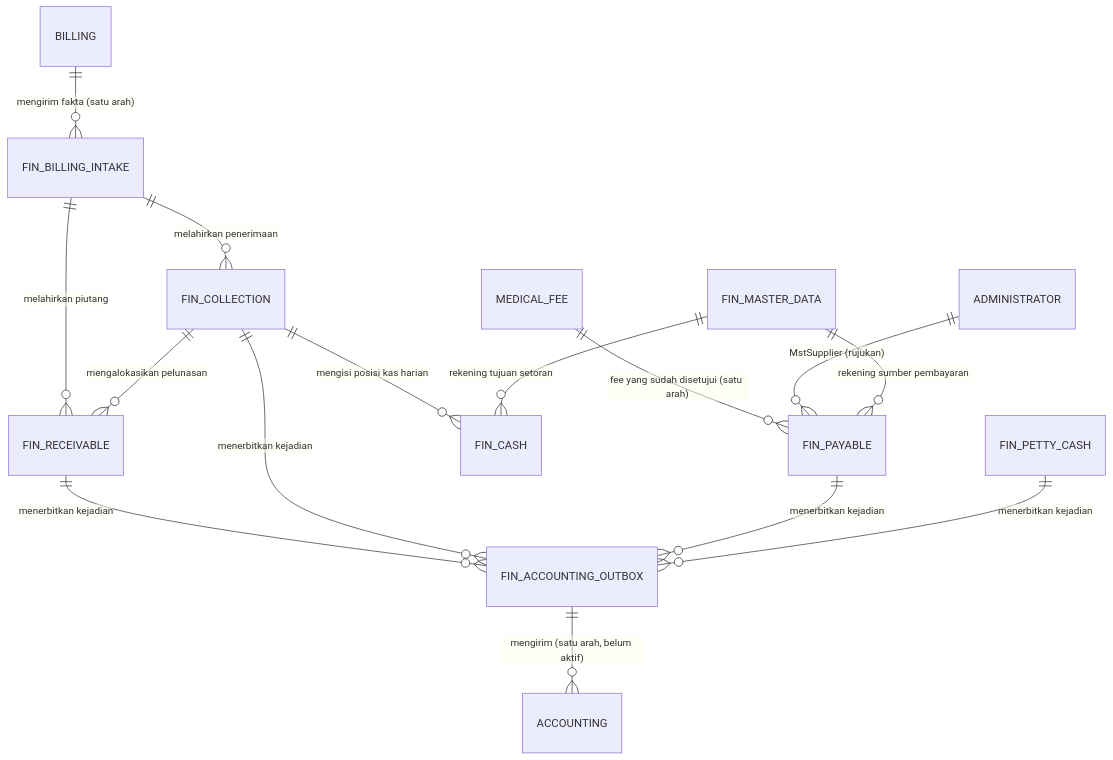
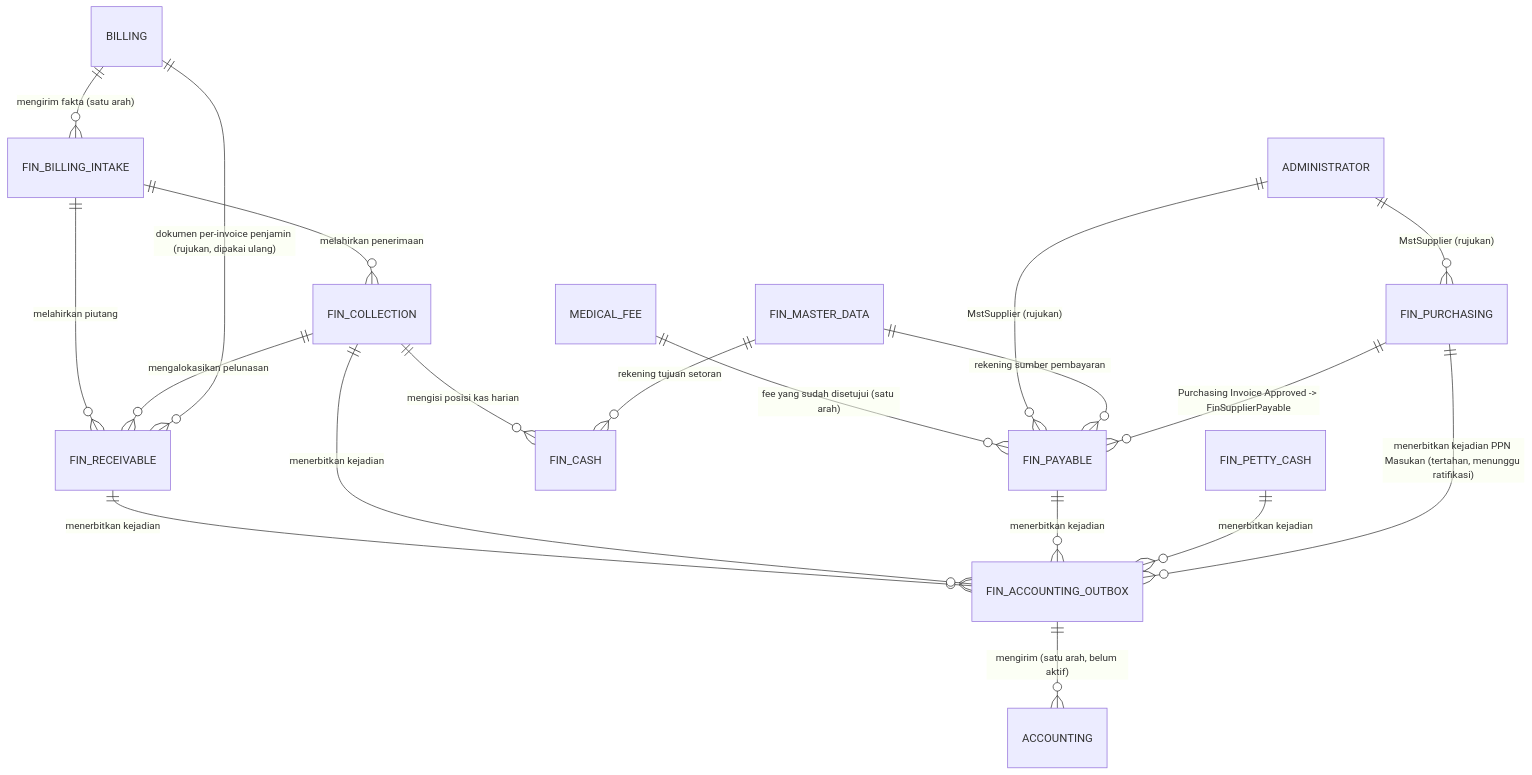
One commit to DevBenari/NewQuilvianSystemBackend changed the diagram in docs/module-blueprints/finance-management/erd/00-context-erd.md. Above: the diagram before and after it, drawn with Mermaid. The commit also changed other lines of this file and 83 other files, not shown here.

First line of the commit message:
feat: Add Tukar Faktur (BE-FIN-033) and Purchasing Invoice (BE-FIN-034) functionality

````diff
--- a/docs/module-blueprints/finance-management/erd/00-context-erd.md
+++ b/docs/module-blueprints/finance-management/erd/00-context-erd.md
@@ -14,17 +14,21 @@
 ```mermaid
 erDiagram
     BILLING ||--o{ FIN_BILLING_INTAKE : "mengirim fakta (satu arah)"
     MEDICAL_FEE ||--o{ FIN_PAYABLE : "fee yang sudah disetujui (satu arah)"
     ADMINISTRATOR ||--o{ FIN_PAYABLE : "MstSupplier (rujukan)"
+    ADMINISTRATOR ||--o{ FIN_PURCHASING : "MstSupplier (rujukan)"
     FIN_BILLING_INTAKE ||--o{ FIN_RECEIVABLE : "melahirkan piutang"
     FIN_BILLING_INTAKE ||--o{ FIN_COLLECTION : "melahirkan penerimaan"
     FIN_COLLECTION ||--o{ FIN_RECEIVABLE : "mengalokasikan pelunasan"
     FIN_COLLECTION ||--o{ FIN_CASH : "mengisi posisi kas harian"
     FIN_MASTER_DATA ||--o{ FIN_CASH : "rekening tujuan setoran"
     FIN_MASTER_DATA ||--o{ FIN_PAYABLE : "rekening sumber pembayaran"
+    FIN_PURCHASING ||--o{ FIN_PAYABLE : "Purchasing Invoice Approved -> FinSupplierPayable"
+    BILLING ||--o{ FIN_RECEIVABLE : "dokumen per-invoice penjamin (rujukan, dipakai ulang)"
     FIN_RECEIVABLE ||--o{ FIN_ACCOUNTING_OUTBOX : "menerbitkan kejadian"
     FIN_COLLECTION ||--o{ FIN_ACCOUNTING_OUTBOX : "menerbitkan kejadian"
     FIN_PAYABLE ||--o{ FIN_ACCOUNTING_OUTBOX : "menerbitkan kejadian"
     FIN_PETTY_CASH ||--o{ FIN_ACCOUNTING_OUTBOX : "menerbitkan kejadian"
+    FIN_PURCHASING ||--o{ FIN_ACCOUNTING_OUTBOX : "menerbitkan kejadian PPN Masukan (tertahan, menunggu ratifikasi)"
     FIN_ACCOUNTING_OUTBOX ||--o{ ACCOUNTING : "mengirim (satu arah, belum aktif)"
 ```
````
